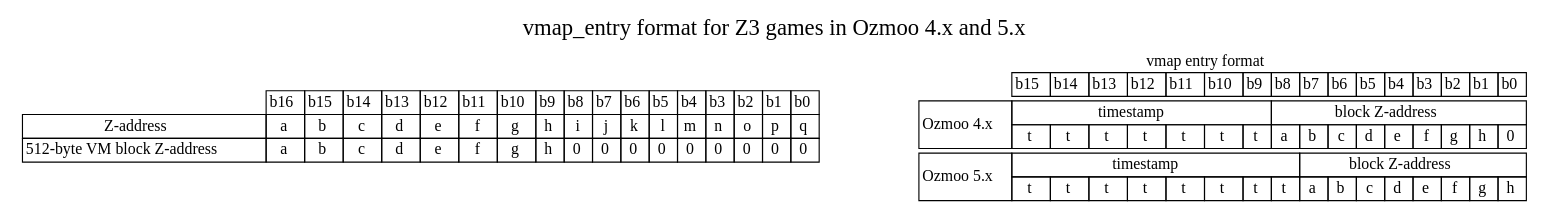
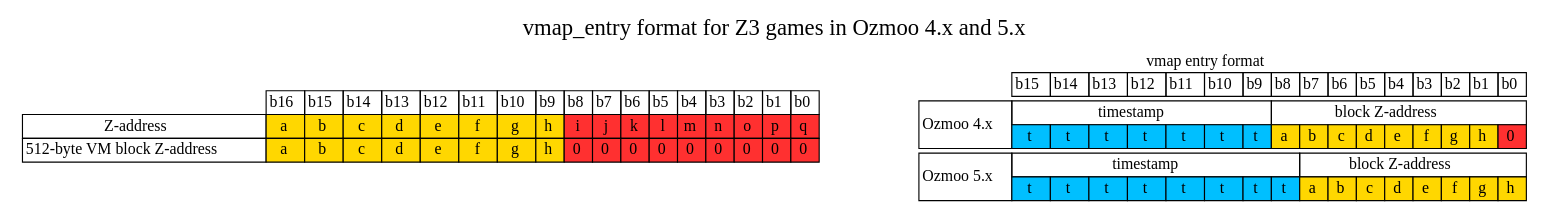
One commit to ZornsLemma/ozmoo changed the diagram in documentation/techdocs/vm-address.dot. Above: the diagram before and after it, drawn with Graphviz.

Commit message:
WIP diagram

```diff
--- a/documentation/techdocs/vm-address.dot
+++ b/documentation/techdocs/vm-address.dot
@@ -1,149 +1,151 @@
 digraph memory {
     graph [nodesep=1, label="vmap_entry format for Z3 games in Ozmoo 4.x and 5.x", fontsize=20, labelloc=t];
     forcelabels=true;
     node [shape=plaintext];
+    rankdir=TB;
 
-    zaddress [label=<
+zaddress [label=<
     <table border="0" cellborder="1" cellspacing="0">
         <tr>
 	    <td border="0"></td>
 	    <td>b16</td>
 	    <td>b15</td>
 	    <td>b14</td>
 	    <td>b13</td>
 	    <td>b12</td>
 	    <td>b11</td>
 	    <td>b10</td>
 	    <td>b9</td>
 	    <td>b8</td>
 	    <td>b7</td>
 	    <td>b6</td>
 	    <td>b5</td>
 	    <td>b4</td>
 	    <td>b3</td>
 	    <td>b2</td>
 	    <td>b1</td>
 	    <td>b0</td>
 	</tr>
 	<tr>
 	    <td>Z-address</td>
-	    <td>a</td>
-	    <td>b</td>
-	    <td>c</td>
-	    <td>d</td>
-	    <td>e</td>
-	    <td>f</td>
-	    <td>g</td>
-	    <td>h</td>
-	    <td>i</td>
-	    <td>j</td>
-	    <td>k</td>
-	    <td>l</td>
-	    <td>m</td>
-	    <td>n</td>
-	    <td>o</td>
-	    <td>p</td>
-	    <td>q</td>
+	    <td bgcolor="gold1">a</td>
+	    <td bgcolor="gold1">b</td>
+	    <td bgcolor="gold1">c</td>
+	    <td bgcolor="gold1">d</td>
+	    <td bgcolor="gold1">e</td>
+	    <td bgcolor="gold1">f</td>
+	    <td bgcolor="gold1">g</td>
+	    <td bgcolor="gold1">h</td>
+	    <!-- TODO: Should these be gold1? They *are* useful in a general address, just not in a block address -->
+	    <td bgcolor="firebrick1">i</td>
+	    <td bgcolor="firebrick1">j</td>
+	    <td bgcolor="firebrick1">k</td>
+	    <td bgcolor="firebrick1">l</td>
+	    <td bgcolor="firebrick1">m</td>
+	    <td bgcolor="firebrick1">n</td>
+	    <td bgcolor="firebrick1">o</td>
+	    <td bgcolor="firebrick1">p</td>
+	    <td bgcolor="firebrick1">q</td>
 	</tr>
 	<tr>
 	    <td>512-byte VM block Z-address</td>
-	    <td>a</td>
-	    <td>b</td>
-	    <td>c</td>
-	    <td>d</td>
-	    <td>e</td>
-	    <td>f</td>
-	    <td>g</td>
-	    <td>h</td>
-	    <td>0</td>
-	    <td>0</td>
-	    <td>0</td>
-	    <td>0</td>
-	    <td>0</td>
-	    <td>0</td>
-	    <td>0</td>
-	    <td>0</td>
-	    <td>0</td>
+	    <td bgcolor="gold1">a</td>
+	    <td bgcolor="gold1">b</td>
+	    <td bgcolor="gold1">c</td>
+	    <td bgcolor="gold1">d</td>
+	    <td bgcolor="gold1">e</td>
+	    <td bgcolor="gold1">f</td>
+	    <td bgcolor="gold1">g</td>
+	    <td bgcolor="gold1">h</td>
+	    <td bgcolor="firebrick1">0</td>
+	    <td bgcolor="firebrick1">0</td>
+	    <td bgcolor="firebrick1">0</td>
+	    <td bgcolor="firebrick1">0</td>
+	    <td bgcolor="firebrick1">0</td>
+	    <td bgcolor="firebrick1">0</td>
+	    <td bgcolor="firebrick1">0</td>
+	    <td bgcolor="firebrick1">0</td>
+	    <td bgcolor="firebrick1">0</td>
 	</tr>
     </table>>];
 
-    vmap4 [label=<
+    vmap [label=<
     <table border="0" cellborder="1" cellspacing="0">
 	<tr>
 	    <td colspan="17" border="0">vmap entry format</td>
 	</tr>
 	<tr>
 	    <td border="0"></td>
 	    <td>b15</td>
 	    <td>b14</td>
 	    <td>b13</td>
 	    <td>b12</td>
 	    <td>b11</td>
 	    <td>b10</td>
 	    <td>b9</td>
 	    <td>b8</td>
 	    <td>b7</td>
 	    <td>b6</td>
 	    <td>b5</td>
 	    <td>b4</td>
 	    <td>b3</td>
 	    <td>b2</td>
 	    <td>b1</td>
 	    <td>b0</td>
 	</tr>
 	<tr cellspacing="10">
 	    <td colspan="17" border="0"></td>
 	</tr>
 	<tr>
 	    <td rowspan="2">Ozmoo 4.x</td>
 	    <td colspan="7">timestamp</td>
 	    <td colspan="9">block Z-address</td>
 	</tr>
 	<tr>
-	    <td>t</td>
-	    <td>t</td>
-	    <td>t</td>
-	    <td>t</td>
-	    <td>t</td>
-	    <td>t</td>
-	    <td>t</td>
-	    <td>a</td>
-	    <td>b</td>
-	    <td>c</td>
-	    <td>d</td>
-	    <td>e</td>
-	    <td>f</td>
-	    <td>g</td>
-	    <td>h</td>
-	    <td>0</td>
+	    <td bgcolor="deepskyblue1">t</td>
+	    <td bgcolor="deepskyblue1">t</td>
+	    <td bgcolor="deepskyblue1">t</td>
+	    <td bgcolor="deepskyblue1">t</td>
+	    <td bgcolor="deepskyblue1">t</td>
+	    <td bgcolor="deepskyblue1">t</td>
+	    <td bgcolor="deepskyblue1">t</td>
+	    <td bgcolor="gold1">a</td>
+	    <td bgcolor="gold1">b</td>
+	    <td bgcolor="gold1">c</td>
+	    <td bgcolor="gold1">d</td>
+	    <td bgcolor="gold1">e</td>
+	    <td bgcolor="gold1">f</td>
+	    <td bgcolor="gold1">g</td>
+	    <td bgcolor="gold1">h</td>
+	    <td bgcolor="firebrick1">0</td>
 	</tr>
 	<tr cellspacing="10">
 	    <td colspan="17" border="0"></td>
 	</tr>
 	<tr>
 	    <td rowspan="2">Ozmoo 5.x</td>
 	    <td colspan="8">timestamp</td>
 	    <td colspan="8">block Z-address</td>
 	</tr>
 	<tr>
-	    <td>t</td>
-	    <td>t</td>
-	    <td>t</td>
-	    <td>t</td>
-	    <td>t</td>
-	    <td>t</td>
-	    <td>t</td>
-	    <td>t</td>
-	    <td>a</td>
-	    <td>b</td>
-	    <td>c</td>
-	    <td>d</td>
-	    <td>e</td>
-	    <td>f</td>
-	    <td>g</td>
-	    <td>h</td>
+	    <td bgcolor="deepskyblue1">t</td>
+	    <td bgcolor="deepskyblue1">t</td>
+	    <td bgcolor="deepskyblue1">t</td>
+	    <td bgcolor="deepskyblue1">t</td>
+	    <td bgcolor="deepskyblue1">t</td>
+	    <td bgcolor="deepskyblue1">t</td>
+	    <td bgcolor="deepskyblue1">t</td>
+	    <td bgcolor="deepskyblue1">t</td>
+	    <td bgcolor="gold1">a</td>
+	    <td bgcolor="gold1">b</td>
+	    <td bgcolor="gold1">c</td>
+	    <td bgcolor="gold1">d</td>
+	    <td bgcolor="gold1">e</td>
+	    <td bgcolor="gold1">f</td>
+	    <td bgcolor="gold1">g</td>
+	    <td bgcolor="gold1">h</td>
 	</tr>
     </table>>];
 }
 
 # vi: sw=4 sts=4
```
